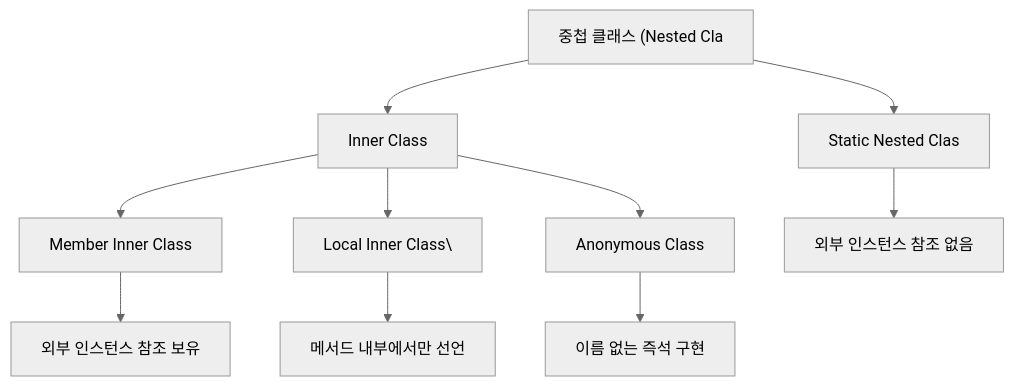
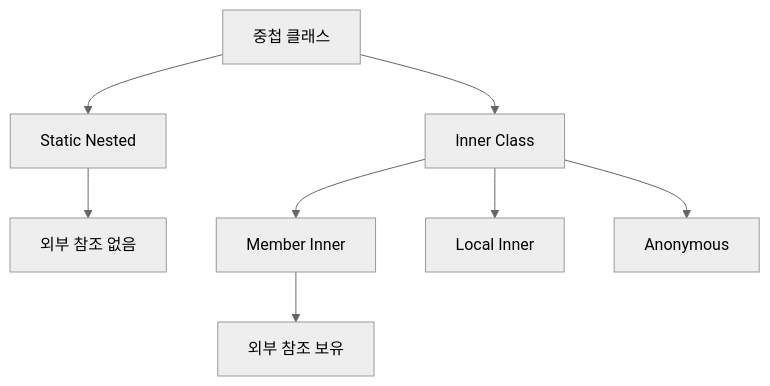
Before and after one commit to yjkim2015/yjkim2015.github.io: the first of 3 diagrams in _posts/java/2026-05-01-java-nested-class.md, drawn with Mermaid (neutral theme). The commit also changed other lines of this file and 155 other files, not shown here.

First line of the commit message:
Mermaid 전면 수정: subgraph 제거, participant/노드/줄수 축소 (342블록)

````diff
--- a/_posts/java/2026-05-01-java-nested-class.md
+++ b/_posts/java/2026-05-01-java-nested-class.md
@@ -20,12 +20,8 @@
 ```mermaid
 graph TD
-    A["중첩 클래스 (Nested Cla"] --> B["Static Nested Clas"]
+    A["중첩 클래스"] --> B["Static Nested"]
     A --> C["Inner Class"]
-    C --> D["Member Inner Class"]
-    C --> E["Local Inner Class\"]
-    C --> F["Anonymous Class"]
-    B --> B1["외부 인스턴스 참조 없음"]
-    D --> D1["외부 인스턴스 참조 보유"]
-    E --> E1["메서드 내부에서만 선언"]
-    F --> F1["이름 없는 즉석 구현"]
+    B --> B1["외부 참조 없음"]
+    C --> D["Member Inner"] & E["Local Inner"] & F["Anonymous"]
+    D --> D1["외부 참조 보유"]
 ```
````
